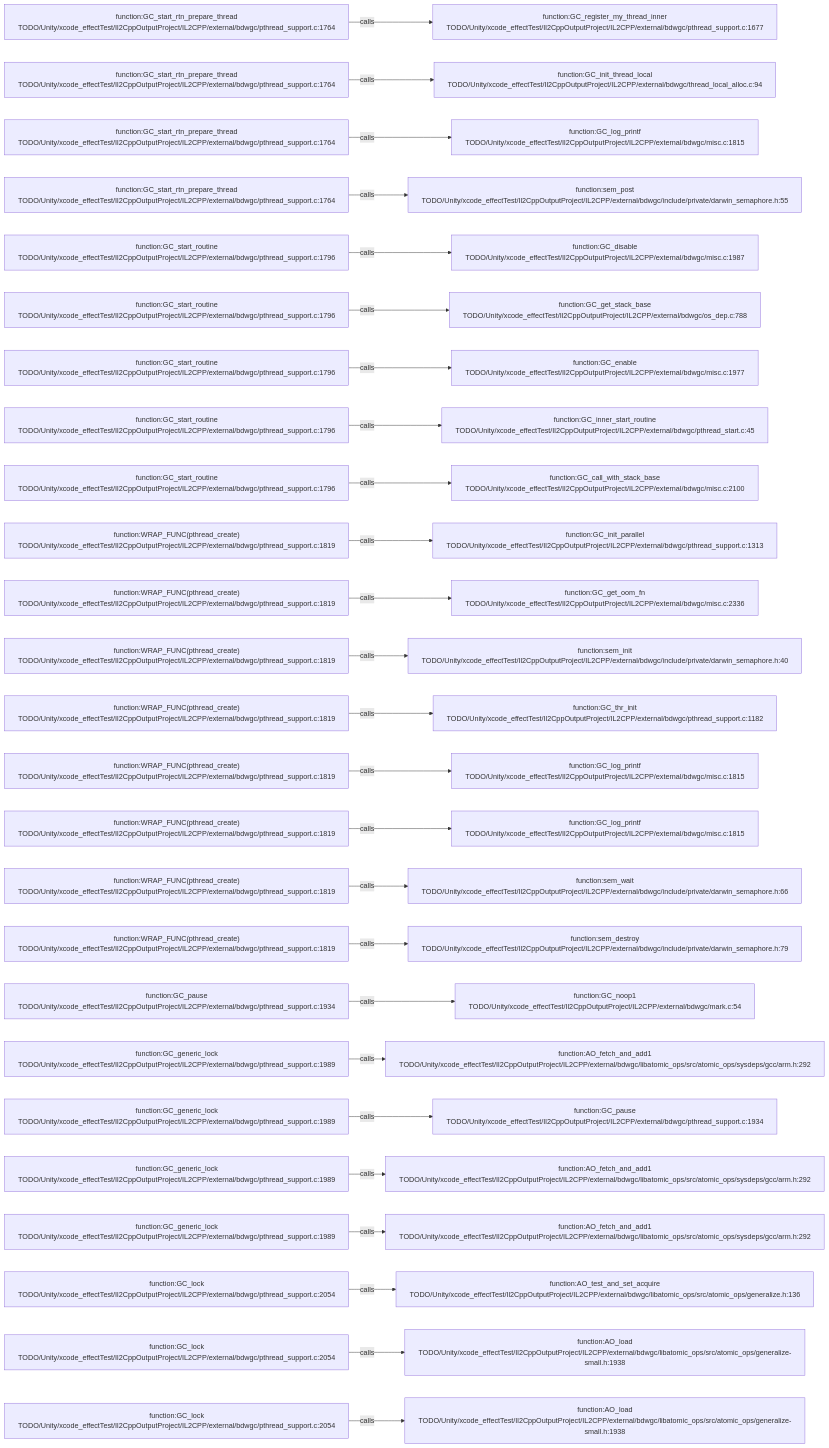
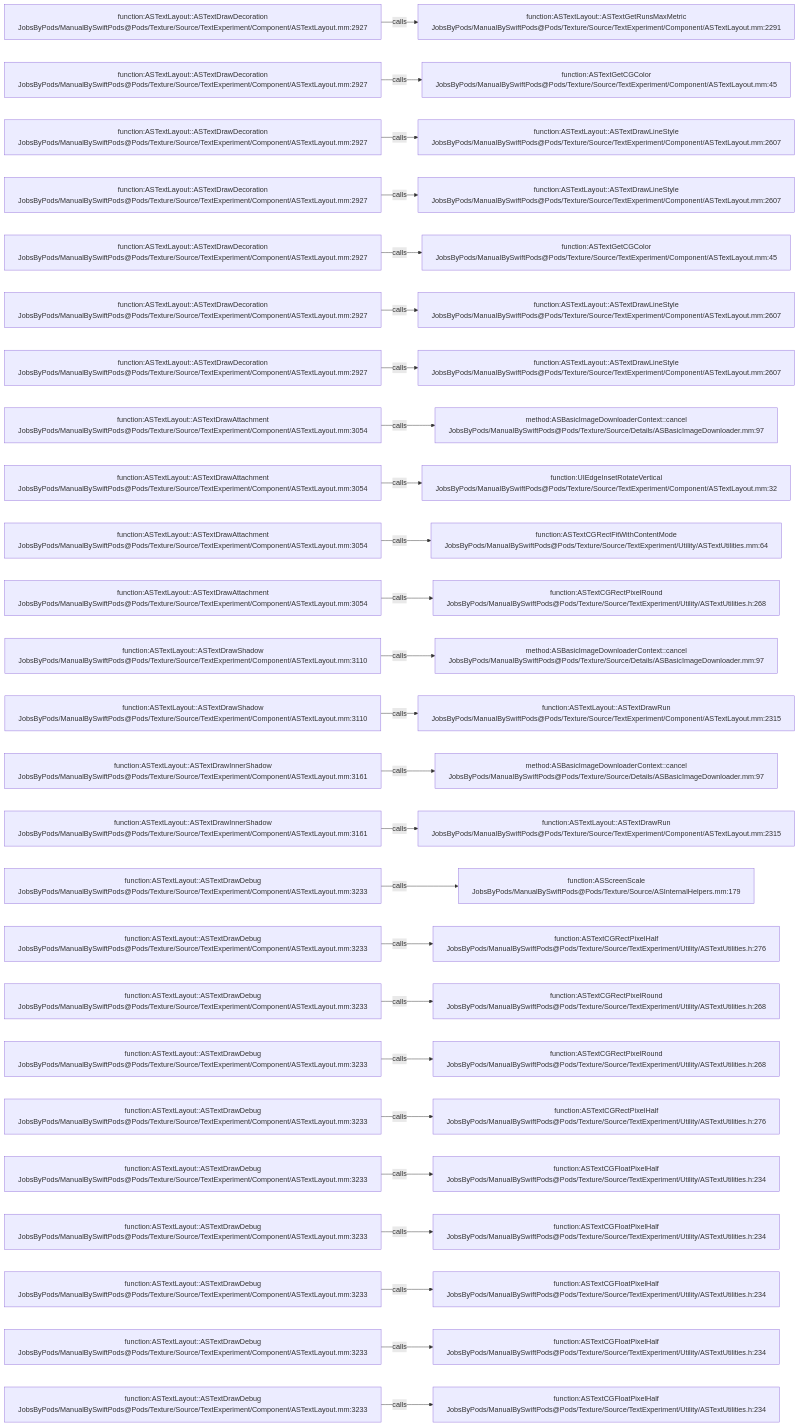
The diagram in .codegraph/codegraph.md/graphs/calls-155.md (JobsKits/JobsSwiftBaseConfigDemo), drawn with Mermaid before and after one commit. The commit also changed 2959 other files, not shown here.

````diff
--- a/.codegraph/codegraph.md/graphs/calls-155.md
+++ b/.codegraph/codegraph.md/graphs/calls-155.md
@@ -13,78 +13,78 @@
 ```mermaid
 flowchart LR
-  S1["function:GC_start_rtn_prepare_thread<br/>TODO/Unity/xcode_effectTest/Il2CppOutputProject/IL2CPP/external/bdwgc/pthread_support.c:1764"]
-  T1["function:GC_register_my_thread_inner<br/>TODO/Unity/xcode_effectTest/Il2CppOutputProject/IL2CPP/external/bdwgc/pthread_support.c:1677"]
+  S1["function:ASTextLayout::ASTextDrawDecoration<br/>JobsByPods/ManualBySwiftPods@Pods/Texture/Source/TextExperiment/Component/ASTextLayout.mm:2927"]
+  T1["function:ASTextLayout::ASTextGetRunsMaxMetric<br/>JobsByPods/ManualBySwiftPods@Pods/Texture/Source/TextExperiment/Component/ASTextLayout.mm:2291"]
   S1 -->|calls| T1
-  S2["function:GC_start_rtn_prepare_thread<br/>TODO/Unity/xcode_effectTest/Il2CppOutputProject/IL2CPP/external/bdwgc/pthread_support.c:1764"]
-  T2["function:GC_init_thread_local<br/>TODO/Unity/xcode_effectTest/Il2CppOutputProject/IL2CPP/external/bdwgc/thread_local_alloc.c:94"]
+  S2["function:ASTextLayout::ASTextDrawDecoration<br/>JobsByPods/ManualBySwiftPods@Pods/Texture/Source/TextExperiment/Component/ASTextLayout.mm:2927"]
+  T2["function:ASTextGetCGColor<br/>JobsByPods/ManualBySwiftPods@Pods/Texture/Source/TextExperiment/Component/ASTextLayout.mm:45"]
   S2 -->|calls| T2
-  S3["function:GC_start_rtn_prepare_thread<br/>TODO/Unity/xcode_effectTest/Il2CppOutputProject/IL2CPP/external/bdwgc/pthread_support.c:1764"]
-  T3["function:GC_log_printf<br/>TODO/Unity/xcode_effectTest/Il2CppOutputProject/IL2CPP/external/bdwgc/misc.c:1815"]
+  S3["function:ASTextLayout::ASTextDrawDecoration<br/>JobsByPods/ManualBySwiftPods@Pods/Texture/Source/TextExperiment/Component/ASTextLayout.mm:2927"]
+  T3["function:ASTextLayout::ASTextDrawLineStyle<br/>JobsByPods/ManualBySwiftPods@Pods/Texture/Source/TextExperiment/Component/ASTextLayout.mm:2607"]
   S3 -->|calls| T3
-  S4["function:GC_start_rtn_prepare_thread<br/>TODO/Unity/xcode_effectTest/Il2CppOutputProject/IL2CPP/external/bdwgc/pthread_support.c:1764"]
-  T4["function:sem_post<br/>TODO/Unity/xcode_effectTest/Il2CppOutputProject/IL2CPP/external/bdwgc/include/private/darwin_semaphore.h:55"]
+  S4["function:ASTextLayout::ASTextDrawDecoration<br/>JobsByPods/ManualBySwiftPods@Pods/Texture/Source/TextExperiment/Component/ASTextLayout.mm:2927"]
+  T4["function:ASTextLayout::ASTextDrawLineStyle<br/>JobsByPods/ManualBySwiftPods@Pods/Texture/Source/TextExperiment/Component/ASTextLayout.mm:2607"]
   S4 -->|calls| T4
-  S5["function:GC_start_routine<br/>TODO/Unity/xcode_effectTest/Il2CppOutputProject/IL2CPP/external/bdwgc/pthread_support.c:1796"]
-  T5["function:GC_disable<br/>TODO/Unity/xcode_effectTest/Il2CppOutputProject/IL2CPP/external/bdwgc/misc.c:1987"]
+  S5["function:ASTextLayout::ASTextDrawDecoration<br/>JobsByPods/ManualBySwiftPods@Pods/Texture/Source/TextExperiment/Component/ASTextLayout.mm:2927"]
+  T5["function:ASTextGetCGColor<br/>JobsByPods/ManualBySwiftPods@Pods/Texture/Source/TextExperiment/Component/ASTextLayout.mm:45"]
   S5 -->|calls| T5
-  S6["function:GC_start_routine<br/>TODO/Unity/xcode_effectTest/Il2CppOutputProject/IL2CPP/external/bdwgc/pthread_support.c:1796"]
-  T6["function:GC_get_stack_base<br/>TODO/Unity/xcode_effectTest/Il2CppOutputProject/IL2CPP/external/bdwgc/os_dep.c:788"]
+  S6["function:ASTextLayout::ASTextDrawDecoration<br/>JobsByPods/ManualBySwiftPods@Pods/Texture/Source/TextExperiment/Component/ASTextLayout.mm:2927"]
+  T6["function:ASTextLayout::ASTextDrawLineStyle<br/>JobsByPods/ManualBySwiftPods@Pods/Texture/Source/TextExperiment/Component/ASTextLayout.mm:2607"]
   S6 -->|calls| T6
-  S7["function:GC_start_routine<br/>TODO/Unity/xcode_effectTest/Il2CppOutputProject/IL2CPP/external/bdwgc/pthread_support.c:1796"]
-  T7["function:GC_enable<br/>TODO/Unity/xcode_effectTest/Il2CppOutputProject/IL2CPP/external/bdwgc/misc.c:1977"]
+  S7["function:ASTextLayout::ASTextDrawDecoration<br/>JobsByPods/ManualBySwiftPods@Pods/Texture/Source/TextExperiment/Component/ASTextLayout.mm:2927"]
+  T7["function:ASTextLayout::ASTextDrawLineStyle<br/>JobsByPods/ManualBySwiftPods@Pods/Texture/Source/TextExperiment/Component/ASTextLayout.mm:2607"]
   S7 -->|calls| T7
-  S8["function:GC_start_routine<br/>TODO/Unity/xcode_effectTest/Il2CppOutputProject/IL2CPP/external/bdwgc/pthread_support.c:1796"]
-  T8["function:GC_inner_start_routine<br/>TODO/Unity/xcode_effectTest/Il2CppOutputProject/IL2CPP/external/bdwgc/pthread_start.c:45"]
+  S8["function:ASTextLayout::ASTextDrawAttachment<br/>JobsByPods/ManualBySwiftPods@Pods/Texture/Source/TextExperiment/Component/ASTextLayout.mm:3054"]
+  T8["method:ASBasicImageDownloaderContext::cancel<br/>JobsByPods/ManualBySwiftPods@Pods/Texture/Source/Details/ASBasicImageDownloader.mm:97"]
   S8 -->|calls| T8
-  S9["function:GC_start_routine<br/>TODO/Unity/xcode_effectTest/Il2CppOutputProject/IL2CPP/external/bdwgc/pthread_support.c:1796"]
-  T9["function:GC_call_with_stack_base<br/>TODO/Unity/xcode_effectTest/Il2CppOutputProject/IL2CPP/external/bdwgc/misc.c:2100"]
+  S9["function:ASTextLayout::ASTextDrawAttachment<br/>JobsByPods/ManualBySwiftPods@Pods/Texture/Source/TextExperiment/Component/ASTextLayout.mm:3054"]
+  T9["function:UIEdgeInsetRotateVertical<br/>JobsByPods/ManualBySwiftPods@Pods/Texture/Source/TextExperiment/Component/ASTextLayout.mm:32"]
   S9 -->|calls| T9
-  S10["function:WRAP_FUNC(pthread_create)<br/>TODO/Unity/xcode_effectTest/Il2CppOutputProject/IL2CPP/external/bdwgc/pthread_support.c:1819"]
-  T10["function:GC_init_parallel<br/>TODO/Unity/xcode_effectTest/Il2CppOutputProject/IL2CPP/external/bdwgc/pthread_support.c:1313"]
+  S10["function:ASTextLayout::ASTextDrawAttachment<br/>JobsByPods/ManualBySwiftPods@Pods/Texture/Source/TextExperiment/Component/ASTextLayout.mm:3054"]
+  T10["function:ASTextCGRectFitWithContentMode<br/>JobsByPods/ManualBySwiftPods@Pods/Texture/Source/TextExperiment/Utility/ASTextUtilities.mm:64"]
   S10 -->|calls| T10
-  S11["function:WRAP_FUNC(pthread_create)<br/>TODO/Unity/xcode_effectTest/Il2CppOutputProject/IL2CPP/external/bdwgc/pthread_support.c:1819"]
-  T11["function:GC_get_oom_fn<br/>TODO/Unity/xcode_effectTest/Il2CppOutputProject/IL2CPP/external/bdwgc/misc.c:2336"]
+  S11["function:ASTextLayout::ASTextDrawAttachment<br/>JobsByPods/ManualBySwiftPods@Pods/Texture/Source/TextExperiment/Component/ASTextLayout.mm:3054"]
+  T11["function:ASTextCGRectPixelRound<br/>JobsByPods/ManualBySwiftPods@Pods/Texture/Source/TextExperiment/Utility/ASTextUtilities.h:268"]
   S11 -->|calls| T11
-  S12["function:WRAP_FUNC(pthread_create)<br/>TODO/Unity/xcode_effectTest/Il2CppOutputProject/IL2CPP/external/bdwgc/pthread_support.c:1819"]
-  T12["function:sem_init<br/>TODO/Unity/xcode_effectTest/Il2CppOutputProject/IL2CPP/external/bdwgc/include/private/darwin_semaphore.h:40"]
+  S12["function:ASTextLayout::ASTextDrawShadow<br/>JobsByPods/ManualBySwiftPods@Pods/Texture/Source/TextExperiment/Component/ASTextLayout.mm:3110"]
+  T12["method:ASBasicImageDownloaderContext::cancel<br/>JobsByPods/ManualBySwiftPods@Pods/Texture/Source/Details/ASBasicImageDownloader.mm:97"]
   S12 -->|calls| T12
-  S13["function:WRAP_FUNC(pthread_create)<br/>TODO/Unity/xcode_effectTest/Il2CppOutputProject/IL2CPP/external/bdwgc/pthread_support.c:1819"]
-  T13["function:GC_thr_init<br/>TODO/Unity/xcode_effectTest/Il2CppOutputProject/IL2CPP/external/bdwgc/pthread_support.c:1182"]
+  S13["function:ASTextLayout::ASTextDrawShadow<br/>JobsByPods/ManualBySwiftPods@Pods/Texture/Source/TextExperiment/Component/ASTextLayout.mm:3110"]
+  T13["function:ASTextLayout::ASTextDrawRun<br/>JobsByPods/ManualBySwiftPods@Pods/Texture/Source/TextExperiment/Component/ASTextLayout.mm:2315"]
   S13 -->|calls| T13
-  S14["function:WRAP_FUNC(pthread_create)<br/>TODO/Unity/xcode_effectTest/Il2CppOutputProject/IL2CPP/external/bdwgc/pthread_support.c:1819"]
-  T14["function:GC_log_printf<br/>TODO/Unity/xcode_effectTest/Il2CppOutputProject/IL2CPP/external/bdwgc/misc.c:1815"]
+  S14["function:ASTextLayout::ASTextDrawInnerShadow<br/>JobsByPods/ManualBySwiftPods@Pods/Texture/Source/TextExperiment/Component/ASTextLayout.mm:3161"]
+  T14["method:ASBasicImageDownloaderContext::cancel<br/>JobsByPods/ManualBySwiftPods@Pods/Texture/Source/Details/ASBasicImageDownloader.mm:97"]
   S14 -->|calls| T14
-  S15["function:WRAP_FUNC(pthread_create)<br/>TODO/Unity/xcode_effectTest/Il2CppOutputProject/IL2CPP/external/bdwgc/pthread_support.c:1819"]
-  T15["function:GC_log_printf<br/>TODO/Unity/xcode_effectTest/Il2CppOutputProject/IL2CPP/external/bdwgc/misc.c:1815"]
+  S15["function:ASTextLayout::ASTextDrawInnerShadow<br/>JobsByPods/ManualBySwiftPods@Pods/Texture/Source/TextExperiment/Component/ASTextLayout.mm:3161"]
+  T15["function:ASTextLayout::ASTextDrawRun<br/>JobsByPods/ManualBySwiftPods@Pods/Texture/Source/TextExperiment/Component/ASTextLayout.mm:2315"]
   S15 -->|calls| T15
-  S16["function:WRAP_FUNC(pthread_create)<br/>TODO/Unity/xcode_effectTest/Il2CppOutputProject/IL2CPP/external/bdwgc/pthread_support.c:1819"]
-  T16["function:sem_wait<br/>TODO/Unity/xcode_effectTest/Il2CppOutputProject/IL2CPP/external/bdwgc/include/private/darwin_semaphore.h:66"]
+  S16["function:ASTextLayout::ASTextDrawDebug<br/>JobsByPods/ManualBySwiftPods@Pods/Texture/Source/TextExperiment/Component/ASTextLayout.mm:3233"]
+  T16["function:ASScreenScale<br/>JobsByPods/ManualBySwiftPods@Pods/Texture/Source/ASInternalHelpers.mm:179"]
   S16 -->|calls| T16
-  S17["function:WRAP_FUNC(pthread_create)<br/>TODO/Unity/xcode_effectTest/Il2CppOutputProject/IL2CPP/external/bdwgc/pthread_support.c:1819"]
-  T17["function:sem_destroy<br/>TODO/Unity/xcode_effectTest/Il2CppOutputProject/IL2CPP/external/bdwgc/include/private/darwin_semaphore.h:79"]
+  S17["function:ASTextLayout::ASTextDrawDebug<br/>JobsByPods/ManualBySwiftPods@Pods/Texture/Source/TextExperiment/Component/ASTextLayout.mm:3233"]
+  T17["function:ASTextCGRectPixelHalf<br/>JobsByPods/ManualBySwiftPods@Pods/Texture/Source/TextExperiment/Utility/ASTextUtilities.h:276"]
   S17 -->|calls| T17
-  S18["function:GC_pause<br/>TODO/Unity/xcode_effectTest/Il2CppOutputProject/IL2CPP/external/bdwgc/pthread_support.c:1934"]
-  T18["function:GC_noop1<br/>TODO/Unity/xcode_effectTest/Il2CppOutputProject/IL2CPP/external/bdwgc/mark.c:54"]
+  S18["function:ASTextLayout::ASTextDrawDebug<br/>JobsByPods/ManualBySwiftPods@Pods/Texture/Source/TextExperiment/Component/ASTextLayout.mm:3233"]
+  T18["function:ASTextCGRectPixelRound<br/>JobsByPods/ManualBySwiftPods@Pods/Texture/Source/TextExperiment/Utility/ASTextUtilities.h:268"]
   S18 -->|calls| T18
-  S19["function:GC_generic_lock<br/>TODO/Unity/xcode_effectTest/Il2CppOutputProject/IL2CPP/external/bdwgc/pthread_support.c:1989"]
-  T19["function:AO_fetch_and_add1<br/>TODO/Unity/xcode_effectTest/Il2CppOutputProject/IL2CPP/external/bdwgc/libatomic_ops/src/atomic_ops/sysdeps/gcc/arm.h:292"]
+  S19["function:ASTextLayout::ASTextDrawDebug<br/>JobsByPods/ManualBySwiftPods@Pods/Texture/Source/TextExperiment/Component/ASTextLayout.mm:3233"]
+  T19["function:ASTextCGRectPixelRound<br/>JobsByPods/ManualBySwiftPods@Pods/Texture/Source/TextExperiment/Utility/ASTextUtilities.h:268"]
   S19 -->|calls| T19
-  S20["function:GC_generic_lock<br/>TODO/Unity/xcode_effectTest/Il2CppOutputProject/IL2CPP/external/bdwgc/pthread_support.c:1989"]
-  T20["function:GC_pause<br/>TODO/Unity/xcode_effectTest/Il2CppOutputProject/IL2CPP/external/bdwgc/pthread_support.c:1934"]
+  S20["function:ASTextLayout::ASTextDrawDebug<br/>JobsByPods/ManualBySwiftPods@Pods/Texture/Source/TextExperiment/Component/ASTextLayout.mm:3233"]
+  T20["function:ASTextCGRectPixelHalf<br/>JobsByPods/ManualBySwiftPods@Pods/Texture/Source/TextExperiment/Utility/ASTextUtilities.h:276"]
   S20 -->|calls| T20
-  S21["function:GC_generic_lock<br/>TODO/Unity/xcode_effectTest/Il2CppOutputProject/IL2CPP/external/bdwgc/pthread_support.c:1989"]
-  T21["function:AO_fetch_and_add1<br/>TODO/Unity/xcode_effectTest/Il2CppOutputProject/IL2CPP/external/bdwgc/libatomic_ops/src/atomic_ops/sysdeps/gcc/arm.h:292"]
+  S21["function:ASTextLayout::ASTextDrawDebug<br/>JobsByPods/ManualBySwiftPods@Pods/Texture/Source/TextExperiment/Component/ASTextLayout.mm:3233"]
+  T21["function:ASTextCGFloatPixelHalf<br/>JobsByPods/ManualBySwiftPods@Pods/Texture/Source/TextExperiment/Utility/ASTextUtilities.h:234"]
   S21 -->|calls| T21
-  S22["function:GC_generic_lock<br/>TODO/Unity/xcode_effectTest/Il2CppOutputProject/IL2CPP/external/bdwgc/pthread_support.c:1989"]
-  T22["function:AO_fetch_and_add1<br/>TODO/Unity/xcode_effectTest/Il2CppOutputProject/IL2CPP/external/bdwgc/libatomic_ops/src/atomic_ops/sysdeps/gcc/arm.h:292"]
+  S22["function:ASTextLayout::ASTextDrawDebug<br/>JobsByPods/ManualBySwiftPods@Pods/Texture/Source/TextExperiment/Component/ASTextLayout.mm:3233"]
+  T22["function:ASTextCGFloatPixelHalf<br/>JobsByPods/ManualBySwiftPods@Pods/Texture/Source/TextExperiment/Utility/ASTextUtilities.h:234"]
   S22 -->|calls| T22
-  S23["function:GC_lock<br/>TODO/Unity/xcode_effectTest/Il2CppOutputProject/IL2CPP/external/bdwgc/pthread_support.c:2054"]
-  T23["function:AO_test_and_set_acquire<br/>TODO/Unity/xcode_effectTest/Il2CppOutputProject/IL2CPP/external/bdwgc/libatomic_ops/src/atomic_ops/generalize.h:136"]
+  S23["function:ASTextLayout::ASTextDrawDebug<br/>JobsByPods/ManualBySwiftPods@Pods/Texture/Source/TextExperiment/Component/ASTextLayout.mm:3233"]
+  T23["function:ASTextCGFloatPixelHalf<br/>JobsByPods/ManualBySwiftPods@Pods/Texture/Source/TextExperiment/Utility/ASTextUtilities.h:234"]
   S23 -->|calls| T23
-  S24["function:GC_lock<br/>TODO/Unity/xcode_effectTest/Il2CppOutputProject/IL2CPP/external/bdwgc/pthread_support.c:2054"]
-  T24["function:AO_load<br/>TODO/Unity/xcode_effectTest/Il2CppOutputProject/IL2CPP/external/bdwgc/libatomic_ops/src/atomic_ops/generalize-small.h:1938"]
+  S24["function:ASTextLayout::ASTextDrawDebug<br/>JobsByPods/ManualBySwiftPods@Pods/Texture/Source/TextExperiment/Component/ASTextLayout.mm:3233"]
+  T24["function:ASTextCGFloatPixelHalf<br/>JobsByPods/ManualBySwiftPods@Pods/Texture/Source/TextExperiment/Utility/ASTextUtilities.h:234"]
   S24 -->|calls| T24
-  S25["function:GC_lock<br/>TODO/Unity/xcode_effectTest/Il2CppOutputProject/IL2CPP/external/bdwgc/pthread_support.c:2054"]
-  T25["function:AO_load<br/>TODO/Unity/xcode_effectTest/Il2CppOutputProject/IL2CPP/external/bdwgc/libatomic_ops/src/atomic_ops/generalize-small.h:1938"]
+  S25["function:ASTextLayout::ASTextDrawDebug<br/>JobsByPods/ManualBySwiftPods@Pods/Texture/Source/TextExperiment/Component/ASTextLayout.mm:3233"]
+  T25["function:ASTextCGFloatPixelHalf<br/>JobsByPods/ManualBySwiftPods@Pods/Texture/Source/TextExperiment/Utility/ASTextUtilities.h:234"]
   S25 -->|calls| T25
 ```
````
